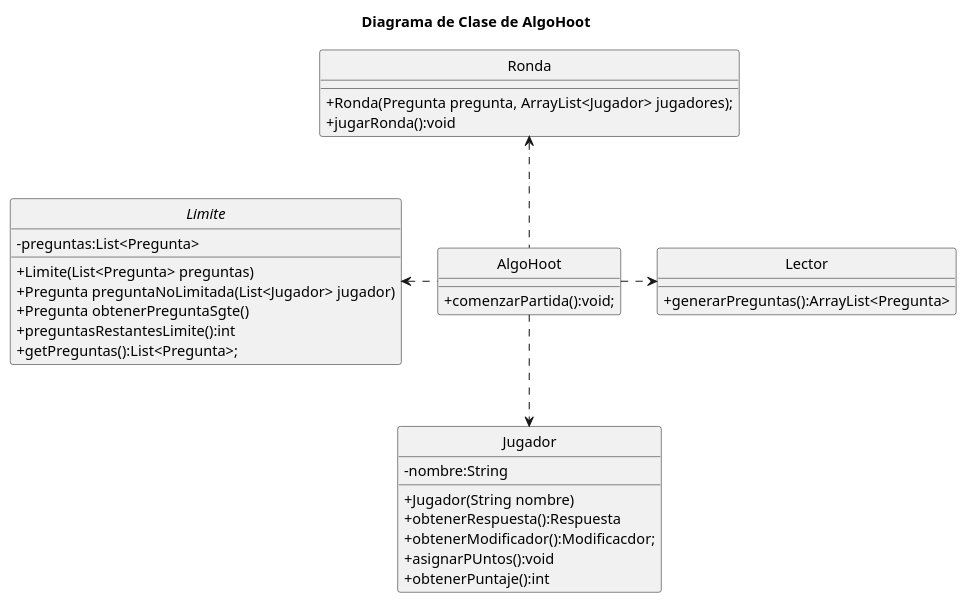
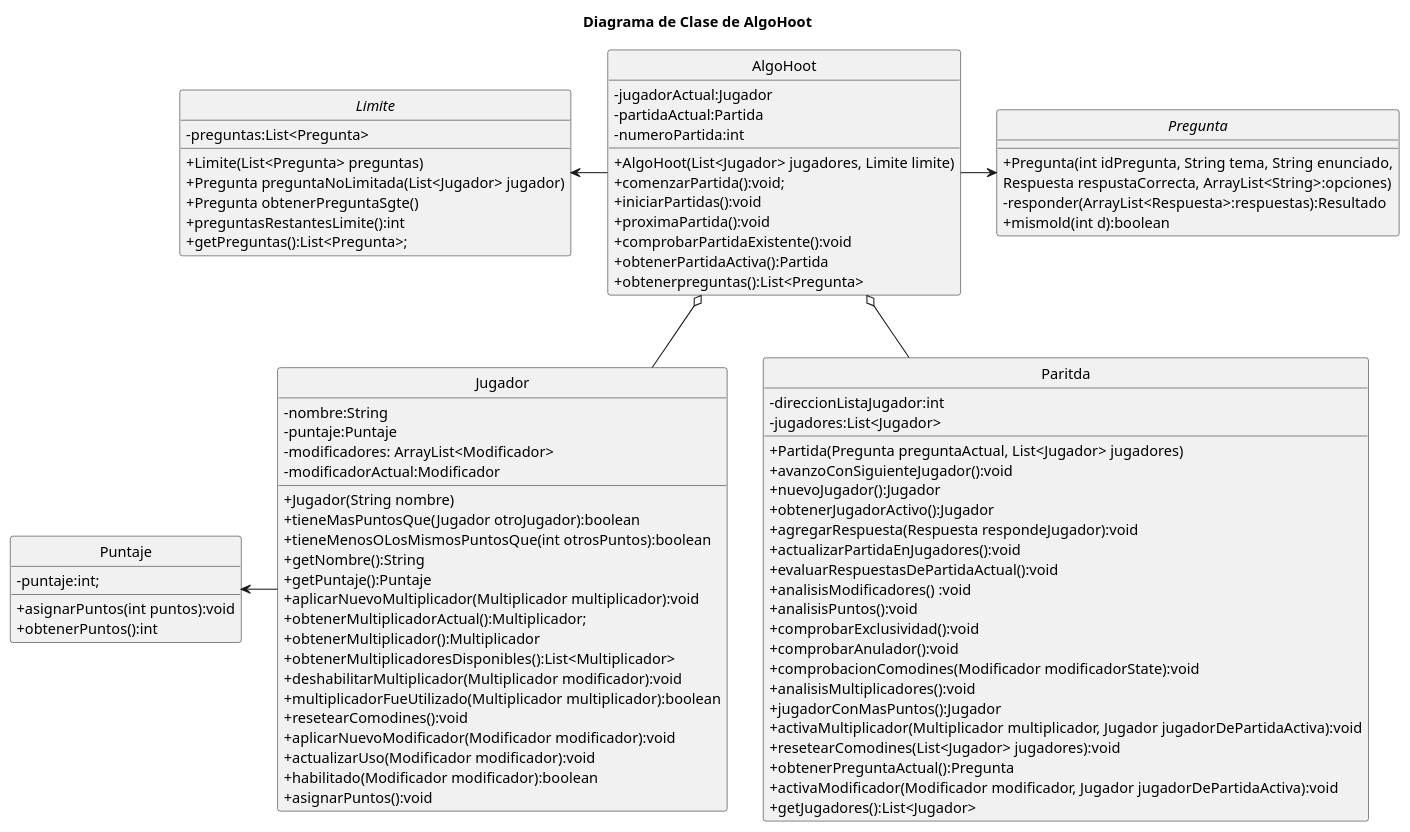
The diagram in diagrams/classes/entrega2/diagramaClaseAlgoHoot.puml (gimnasialp/algo3_proyecto_base_tp2), drawn with PlantUML before and after one commit. The commit also changed 10 other files, not shown here.

```diff
--- a/diagrams/classes/entrega2/diagramaClaseAlgoHoot.puml
+++ b/diagrams/classes/entrega2/diagramaClaseAlgoHoot.puml
@@ -1,43 +1,96 @@
 @startuml
 'https://plantuml.com/class-diagram
 
 title Diagrama de Clase de AlgoHoot
 skinparam monochrome true
 hide circle
 skinparam classAttributeIconSize 0
 class AlgoHoot{
+
+    -jugadorActual:Jugador
+    -partidaActual:Partida
+    -numeroPartida:int
+    +AlgoHoot(List<Jugador> jugadores, Limite limite)
     +comenzarPartida():void;
+    +iniciarPartidas():void
+    +proximaPartida():void
+    +comprobarPartidaExistente():void
+    +obtenerPartidaActiva():Partida
+    +obtenerpreguntas():List<Pregunta>
 }
 abstract class Limite{
     -preguntas:List<Pregunta>
     +Limite(List<Pregunta> preguntas)
     +Pregunta preguntaNoLimitada(List<Jugador> jugador)
     +Pregunta obtenerPreguntaSgte()
     +preguntasRestantesLimite():int
     +getPreguntas():List<Pregunta>;
 }
 
+abstract class Pregunta{
+    +Pregunta(int idPregunta, String tema, String enunciado,
+    Respuesta respustaCorrecta, ArrayList<String>:opciones)
+    -responder(ArrayList<Respuesta>:respuestas):Resultado
+    +mismold(int d):boolean
+}
+class Paritda{
+    -direccionListaJugador:int
+    -jugadores:List<Jugador>
+    +Partida(Pregunta preguntaActual, List<Jugador> jugadores)
+    +avanzoConSiguienteJugador():void
+    +nuevoJugador():Jugador
+    +obtenerJugadorActivo():Jugador
+    +agregarRespuesta(Respuesta respondeJugador):void
+    +actualizarPartidaEnJugadores():void
+    +evaluarRespuestasDePartidaActual():void
+    +analisisModificadores() :void
+    +analisisPuntos():void
+    +comprobarExclusividad():void
+    +comprobarAnulador():void
+    +comprobacionComodines(Modificador modificadorState):void
+    +analisisMultiplicadores():void
+    +jugadorConMasPuntos():Jugador
+    +activaMultiplicador(Multiplicador multiplicador, Jugador jugadorDePartidaActiva):void
+    +resetearComodines(List<Jugador> jugadores):void
+    +obtenerPreguntaActual():Pregunta
+    +activaModificador(Modificador modificador, Jugador jugadorDePartidaActiva):void
+    +getJugadores():List<Jugador>
 
-class Lector{
-    +generarPreguntas():ArrayList<Pregunta>
 }
 class Jugador{
     -nombre:String
+    -puntaje:Puntaje
+    -modificadores: ArrayList<Modificador>
+    -modificadorActual:Modificador
     +Jugador(String nombre)
-    +obtenerRespuesta():Respuesta
-    +obtenerModificador():Modificacdor;
-    +asignarPUntos():void
-    +obtenerPuntaje():int
+    +tieneMasPuntosQue(Jugador otroJugador):boolean
+    +tieneMenosOLosMismosPuntosQue(int otrosPuntos):boolean
+    +getNombre():String
+    +getPuntaje():Puntaje
+    +aplicarNuevoMultiplicador(Multiplicador multiplicador):void
+    +obtenerMultiplicadorActual():Multiplicador;
+    +obtenerMultiplicador():Multiplicador
+    +obtenerMultiplicadoresDisponibles():List<Multiplicador>
+    +deshabilitarMultiplicador(Multiplicador modificador):void
+    +multiplicadorFueUtilizado(Multiplicador multiplicador):boolean
+    +resetearComodines():void
+    +aplicarNuevoModificador(Modificador modificador):void
+    +actualizarUso(Modificador modificador):void
+    +habilitado(Modificador modificador):boolean
+    +asignarPuntos():void
 
 }
-class Ronda{
-    +Ronda(Pregunta pregunta, ArrayList<Jugador> jugadores);
-    +jugarRonda():void
+
+class Puntaje{
+    -puntaje:int;
+     +asignarPuntos(int puntos):void
+     +obtenerPuntos():int
 }
 
+AlgoHoot -left-> Limite
+AlgoHoot o-- Jugador
+AlgoHoot o-- Paritda
+AlgoHoot -right-> Pregunta
+Jugador -left->Puntaje
 
-AlgoHoot .left.> Limite
-AlgoHoot ..> Jugador
-AlgoHoot .right.> Lector
-AlgoHoot .up.> Ronda
 @enduml
```
